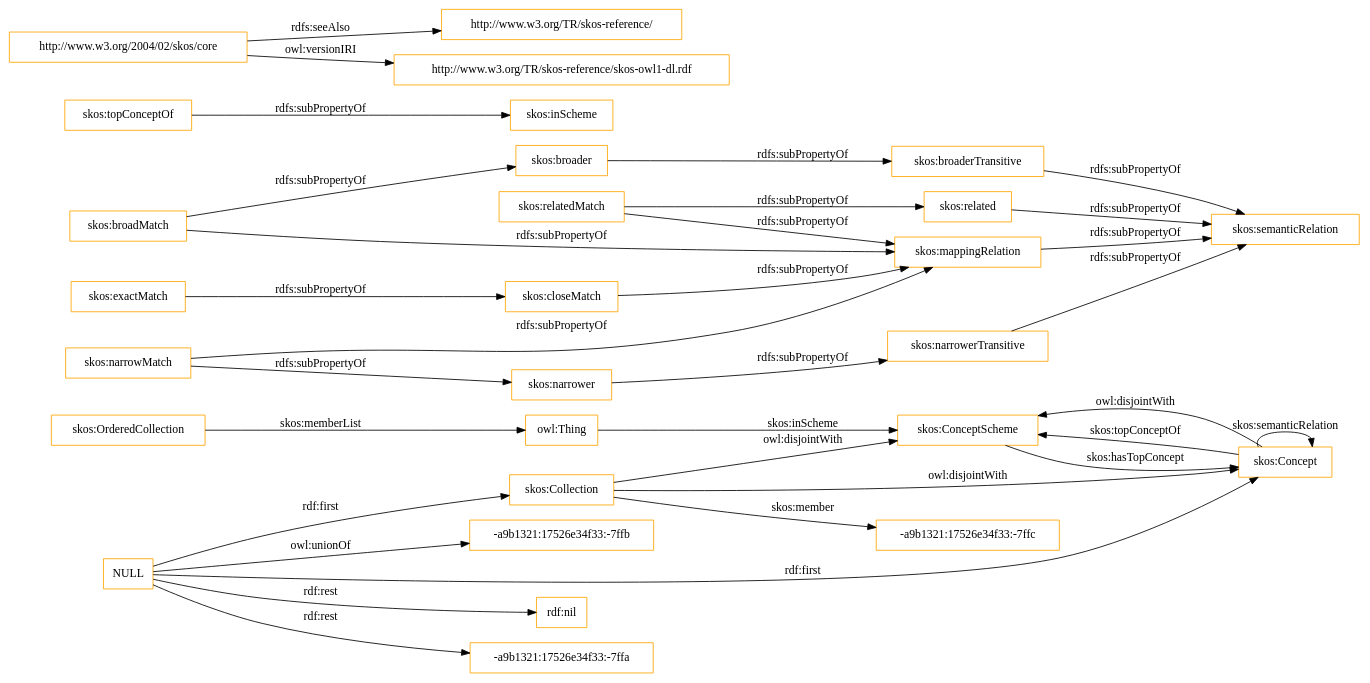
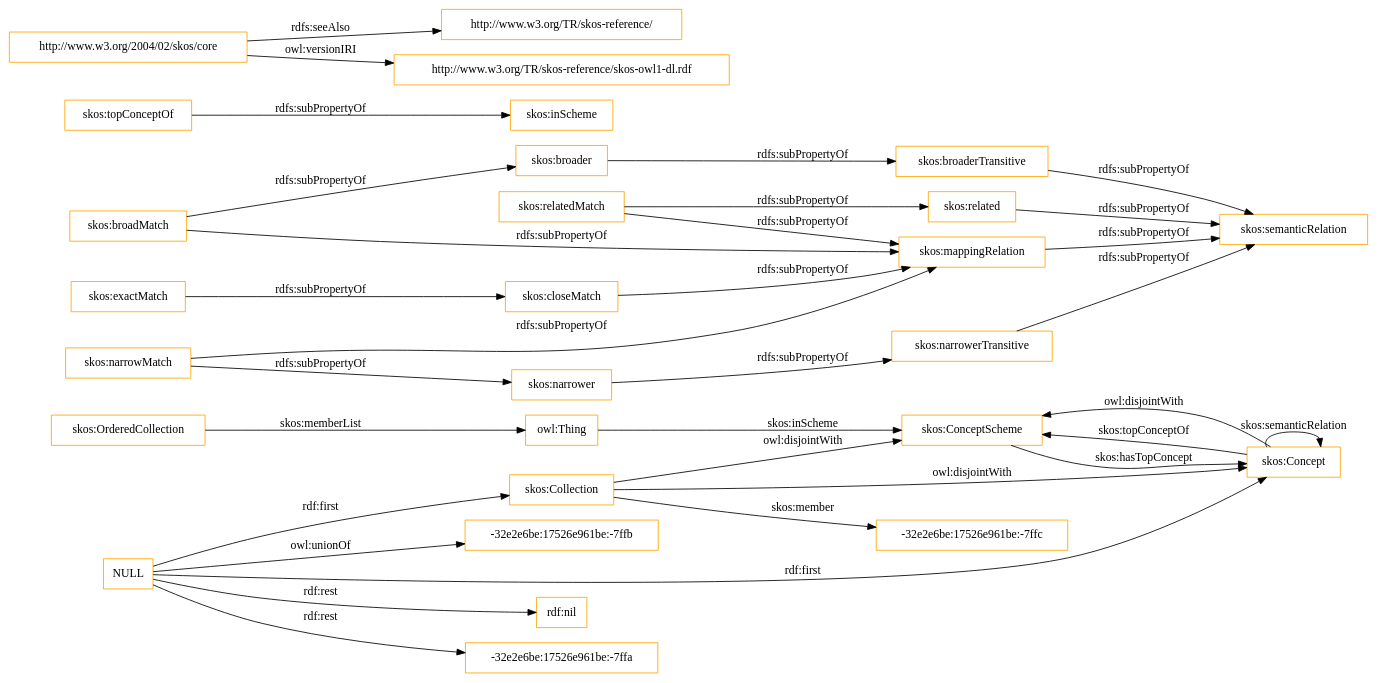
Before and after one commit to OnToologyUser/core-ontology-1: the diagram in OnToology/imports/skos.owl/diagrams/ar2dtool-class/skos.owl.png.dot, drawn with Graphviz. The commit also changed 14 other files, not shown here.

```diff
--- a/OnToology/imports/skos.owl/diagrams/ar2dtool-class/skos.owl.png.dot
+++ b/OnToology/imports/skos.owl/diagrams/ar2dtool-class/skos.owl.png.dot
@@ -1,37 +1,37 @@
 digraph ar2dtool_diagram { 
 rankdir=LR;
 size="1501"
-node [shape = rectangle, color="orange"]; "skos:OrderedCollection" "skos:ConceptScheme" "skos:Concept" "skos:Collection" "-a9b1321:17526e34f33:-7ffc" ; /*classes style*/
+node [shape = rectangle, color="orange"]; "skos:OrderedCollection" "skos:ConceptScheme" "skos:Concept" "skos:Collection" "-32e2e6be:17526e961be:-7ffc" ; /*classes style*/
 	"skos:narrowerTransitive" -> "skos:semanticRelation" [ label = "rdfs:subPropertyOf" ];
 	"NULL" -> "rdf:nil" [ label = "rdf:rest" ];
 	"NULL" -> "skos:Concept" [ label = "rdf:first" ];
-	"NULL" -> "-a9b1321:17526e34f33:-7ffa" [ label = "rdf:rest" ];
+	"NULL" -> "-32e2e6be:17526e961be:-7ffa" [ label = "rdf:rest" ];
 	"NULL" -> "skos:Collection" [ label = "rdf:first" ];
-	"NULL" -> "-a9b1321:17526e34f33:-7ffb" [ label = "owl:unionOf" ];
+	"NULL" -> "-32e2e6be:17526e961be:-7ffb" [ label = "owl:unionOf" ];
 	"skos:closeMatch" -> "skos:mappingRelation" [ label = "rdfs:subPropertyOf" ];
 	"skos:Concept" -> "skos:ConceptScheme" [ label = "owl:disjointWith" ];
 	"skos:relatedMatch" -> "skos:related" [ label = "rdfs:subPropertyOf" ];
 	"skos:relatedMatch" -> "skos:mappingRelation" [ label = "rdfs:subPropertyOf" ];
 	"skos:related" -> "skos:semanticRelation" [ label = "rdfs:subPropertyOf" ];
 	"skos:topConceptOf" -> "skos:inScheme" [ label = "rdfs:subPropertyOf" ];
 	"skos:broadMatch" -> "skos:mappingRelation" [ label = "rdfs:subPropertyOf" ];
 	"skos:broadMatch" -> "skos:broader" [ label = "rdfs:subPropertyOf" ];
 	"skos:exactMatch" -> "skos:closeMatch" [ label = "rdfs:subPropertyOf" ];
 	"skos:broaderTransitive" -> "skos:semanticRelation" [ label = "rdfs:subPropertyOf" ];
 	"skos:broader" -> "skos:broaderTransitive" [ label = "rdfs:subPropertyOf" ];
 	"skos:mappingRelation" -> "skos:semanticRelation" [ label = "rdfs:subPropertyOf" ];
 	"http://www.w3.org/2004/02/skos/core" -> "http://www.w3.org/TR/skos-reference/" [ label = "rdfs:seeAlso" ];
 	"http://www.w3.org/2004/02/skos/core" -> "http://www.w3.org/TR/skos-reference/skos-owl1-dl.rdf" [ label = "owl:versionIRI" ];
 	"skos:Collection" -> "skos:ConceptScheme" [ label = "owl:disjointWith" ];
 	"skos:Collection" -> "skos:Concept" [ label = "owl:disjointWith" ];
 	"skos:narrower" -> "skos:narrowerTransitive" [ label = "rdfs:subPropertyOf" ];
 	"skos:narrowMatch" -> "skos:narrower" [ label = "rdfs:subPropertyOf" ];
 	"skos:narrowMatch" -> "skos:mappingRelation" [ label = "rdfs:subPropertyOf" ];
 	"skos:OrderedCollection" -> "owl:Thing" [ label = "skos:memberList" ];
 	"skos:Concept" -> "skos:ConceptScheme" [ label = "skos:topConceptOf" ];
 	"skos:Concept" -> "skos:Concept" [ label = "skos:semanticRelation" ];
-	"skos:Collection" -> "-a9b1321:17526e34f33:-7ffc" [ label = "skos:member" ];
+	"skos:Collection" -> "-32e2e6be:17526e961be:-7ffc" [ label = "skos:member" ];
 	"skos:ConceptScheme" -> "skos:Concept" [ label = "skos:hasTopConcept" ];
 	"owl:Thing" -> "skos:ConceptScheme" [ label = "skos:inScheme" ];
 
 }
```
